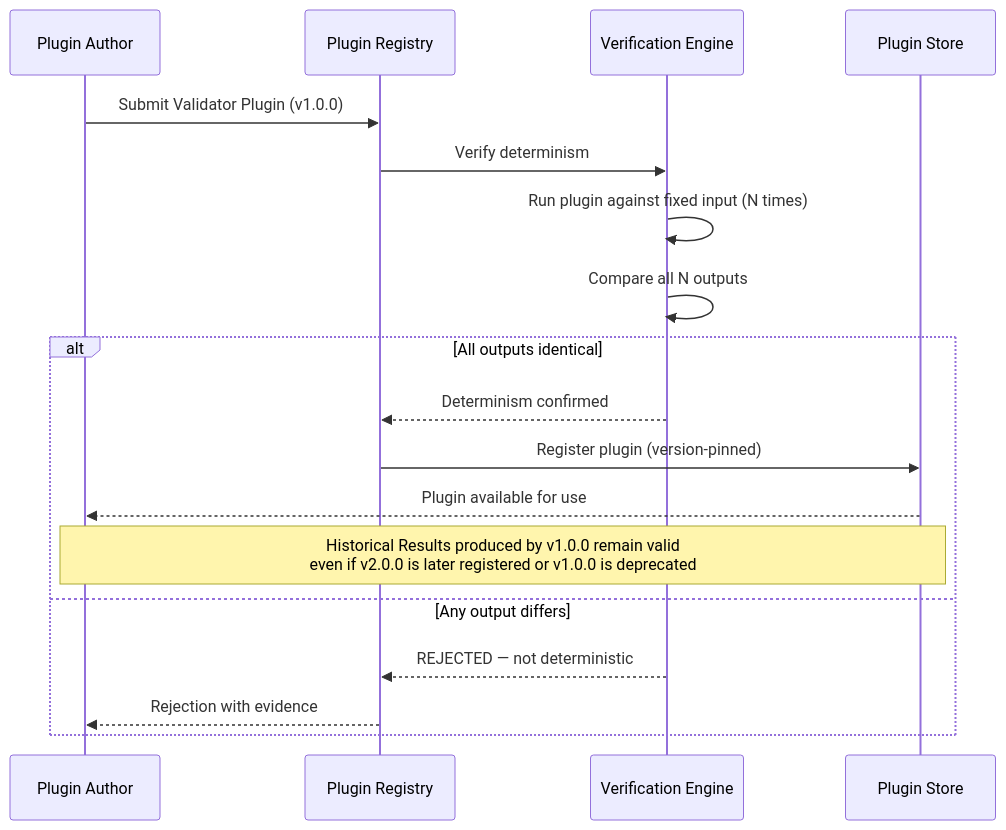
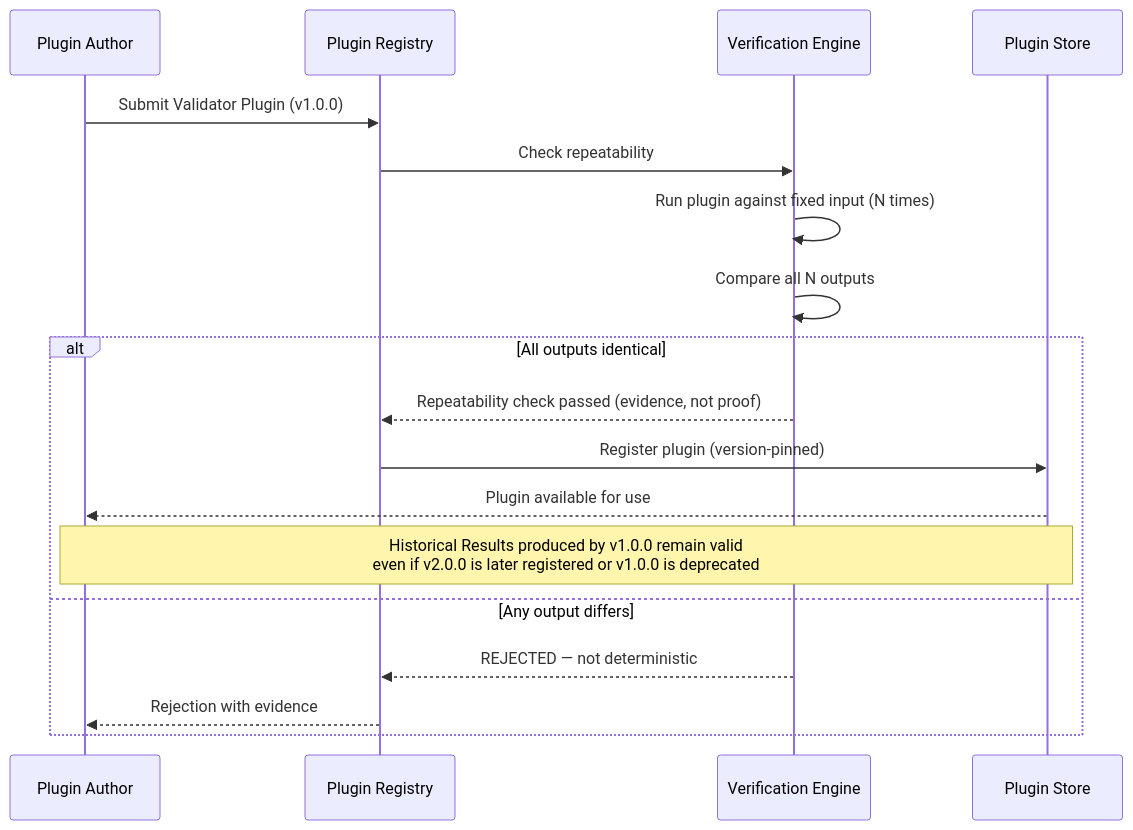
Before and after one commit to igorakymenko-create/AQEF: the sixth of 6 diagrams in appendices/appendix-f-sequence-diagrams.md, drawn with Mermaid. The commit also changed 25 other files, not shown here.

````diff
--- a/appendices/appendix-f-sequence-diagrams.md
+++ b/appendices/appendix-f-sequence-diagrams.md
@@ -199,21 +199,21 @@
 ```mermaid
 sequenceDiagram
     participant PA as Plugin Author
     participant PR as Plugin Registry
     participant VE as Verification Engine
     participant PS as Plugin Store
 
     PA->>PR: Submit Validator Plugin (v1.0.0)
-    PR->>VE: Verify determinism
+    PR->>VE: Check repeatability
     VE->>VE: Run plugin against fixed input (N times)
     VE->>VE: Compare all N outputs
     alt All outputs identical
-        VE-->>PR: Determinism confirmed
+        VE-->>PR: Repeatability check passed (evidence, not proof)
         PR->>PS: Register plugin (version-pinned)
         PS-->>PA: Plugin available for use
         note over PA,PS: Historical Results produced by v1.0.0 remain valid<br/>even if v2.0.0 is later registered or v1.0.0 is deprecated
     else Any output differs
         VE-->>PR: REJECTED — not deterministic
         PR-->>PA: Rejection with evidence
     end
 ```
````
